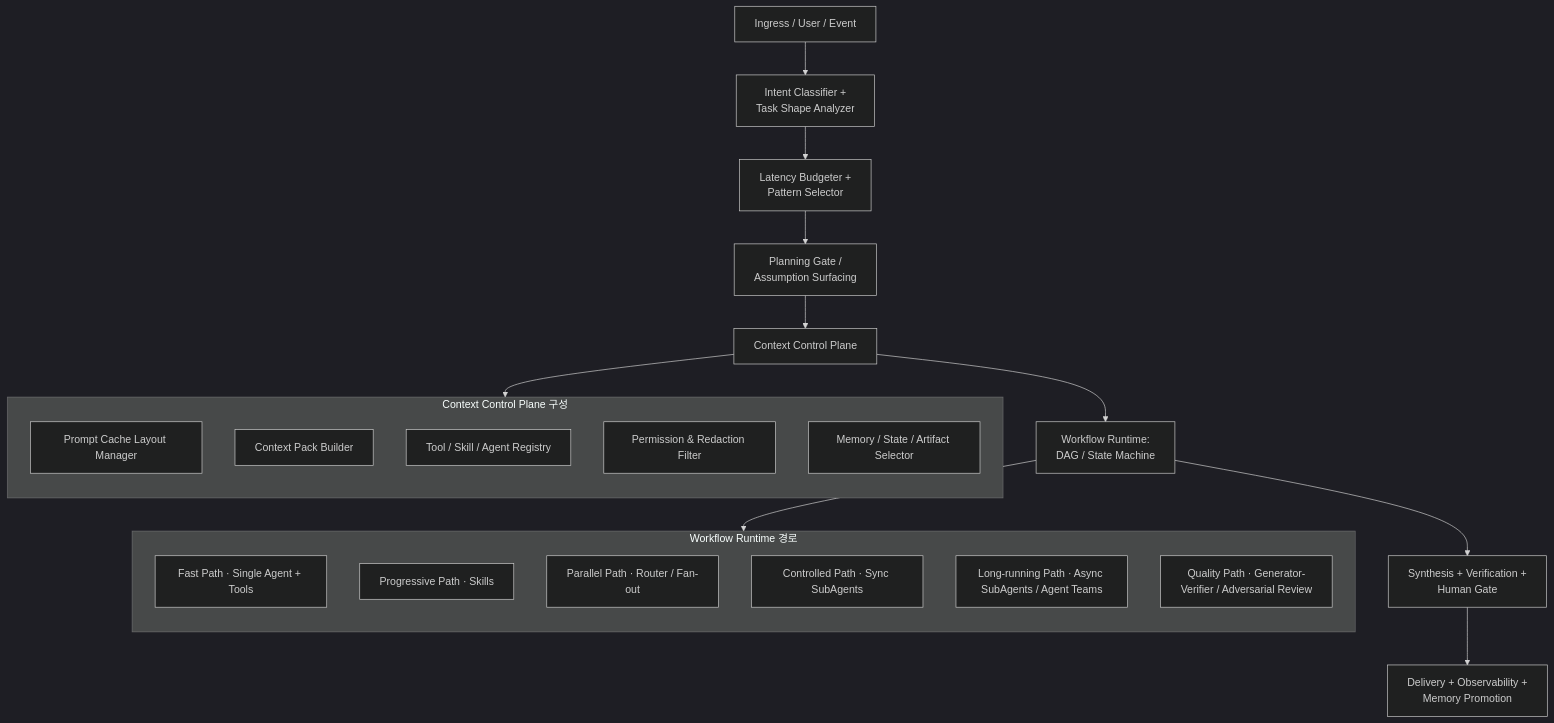
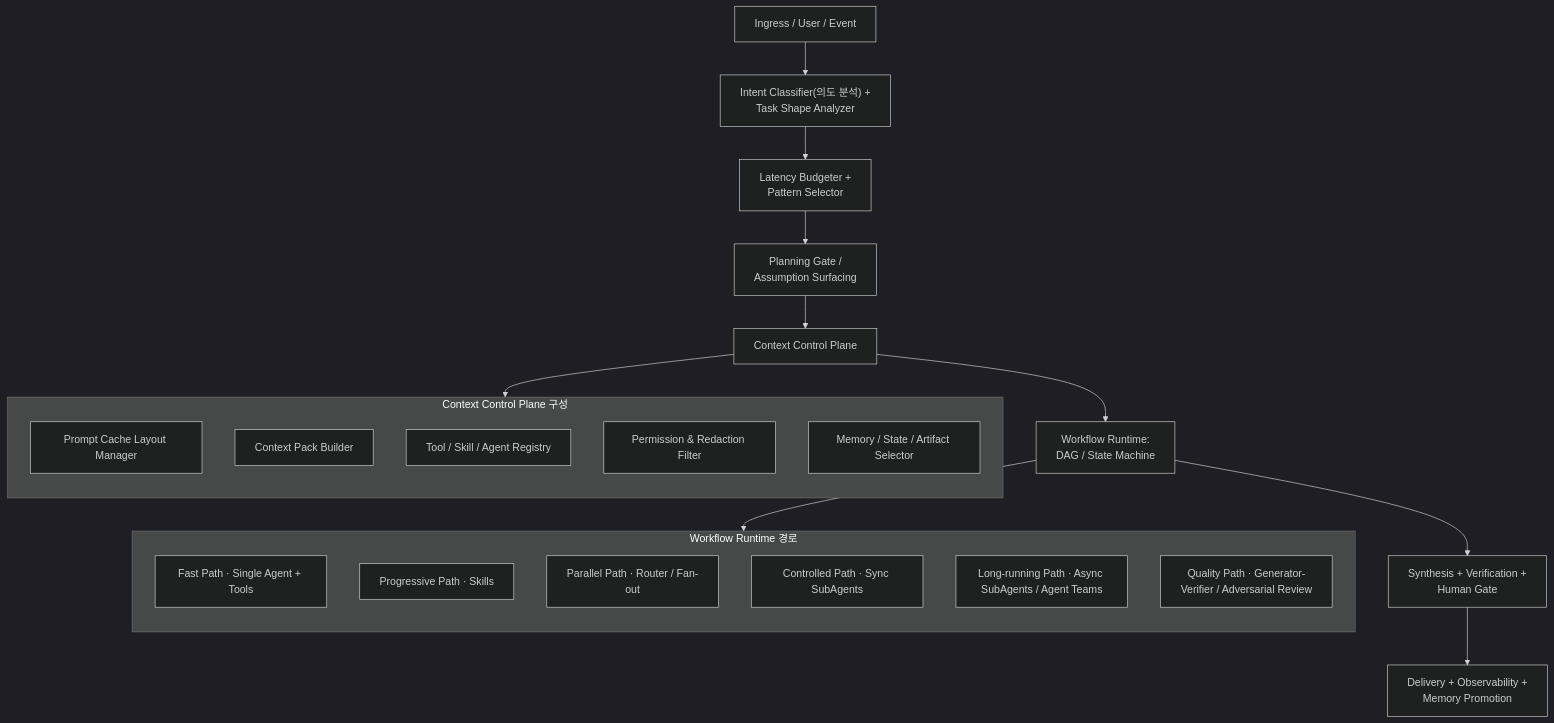
One commit to HyunjunJeon/fastcampus-harness-engineering-course changed the first of 10 diagrams in part5/handout/01-01-subagents.md. Above: the diagram before and after it, drawn with Mermaid (dark theme). The commit also changed other lines of this file and 1 other file, not shown here.

````diff
--- a/part5/handout/01-01-subagents.md
+++ b/part5/handout/01-01-subagents.md
@@ -17,33 +15,33 @@
 ```mermaid
 flowchart TD
-    A["Ingress / User / Event"] --> B["Intent Classifier +<br/>Task Shape Analyzer"]
+    A["Ingress / User / Event"] --> B["Intent Classifier(의도 분석) +<br/>Task Shape Analyzer"]
     B --> C["Latency Budgeter +<br/>Pattern Selector"]
     C --> D["Planning Gate /<br/>Assumption Surfacing"]
     D --> E["Context Control Plane"]
 
     subgraph CCP ["Context Control Plane 구성"]
         direction TB
         E1["Prompt Cache Layout Manager"]
         E2["Context Pack Builder"]
         E3["Tool / Skill / Agent Registry"]
         E4["Permission & Redaction Filter"]
         E5["Memory / State / Artifact Selector"]
     end
     E --> CCP
 
     E --> F["Workflow Runtime:<br/>DAG / State Machine"]
 
     subgraph WR ["Workflow Runtime 경로"]
         direction TB
         F1["Fast Path · Single Agent + Tools"]
         F2["Progressive Path · Skills"]
         F3["Parallel Path · Router / Fan-out"]
         F4["Controlled Path · Sync SubAgents"]
         F5["Long-running Path · Async SubAgents / Agent Teams"]
         F6["Quality Path · Generator-Verifier / Adversarial Review"]
     end
     F --> WR
 
     F --> G["Synthesis + Verification +<br/>Human Gate"]
     G --> H["Delivery + Observability +<br/>Memory Promotion"]
 ```
````
